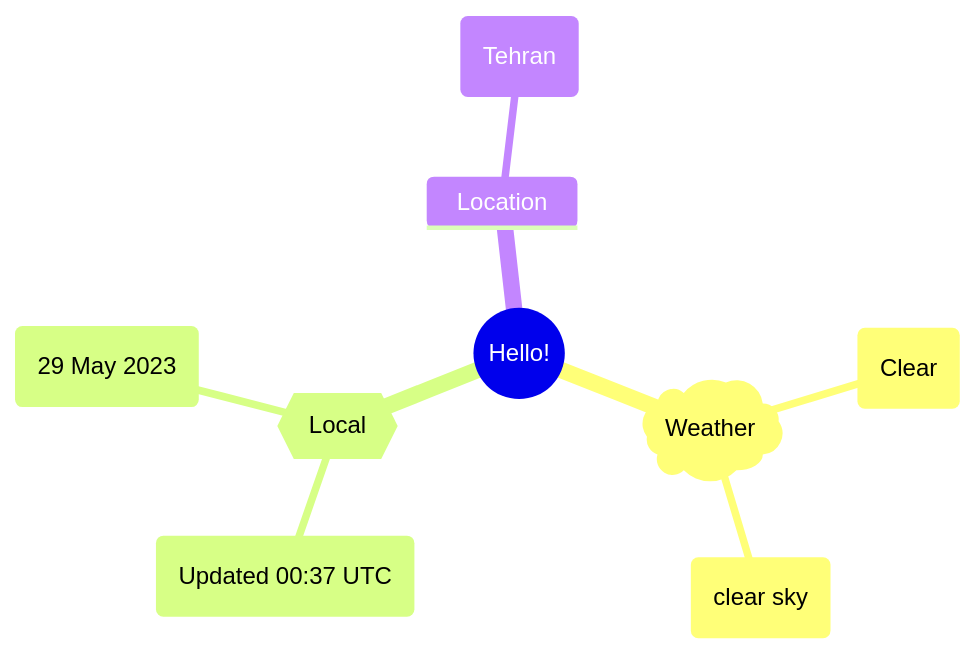
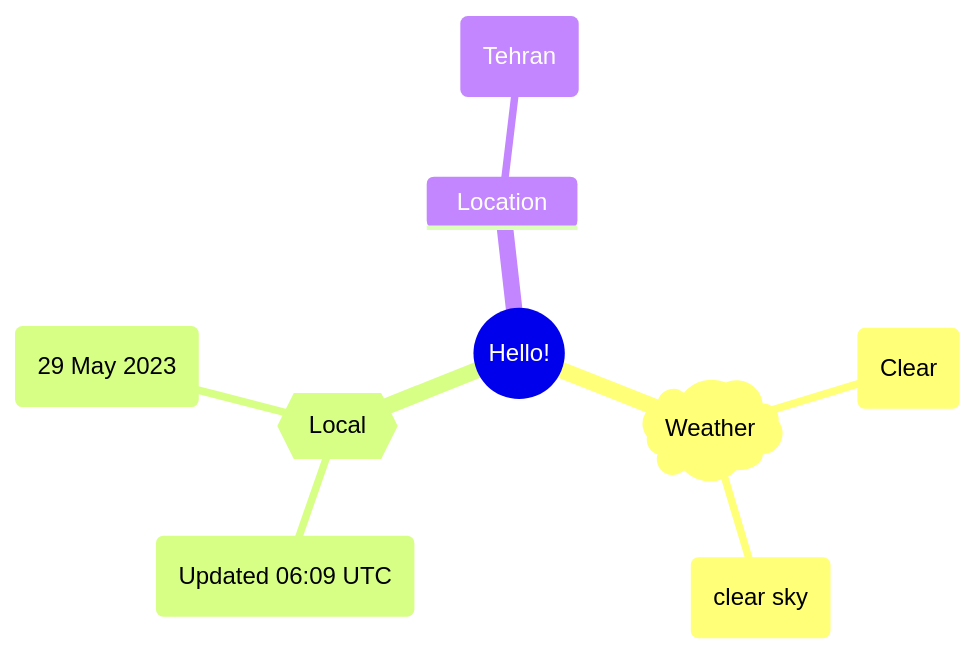
The first of 2 diagrams in README.md (Xosrov/Xosrov), drawn with Mermaid before and after one commit.

Commit message:
[bot] updated images

````diff
--- a/README.md
+++ b/README.md
@@ -3,12 +3,12 @@
 ```mermaid
 mindmap
   root((Hello!))
     )Weather(
         (Clear)
         (clear sky)
     {{Local}}
-        (Updated 00:37 UTC)
+        (Updated 06:09 UTC)
         (29 May 2023)
     Location
         (Tehran)
 ```
````
